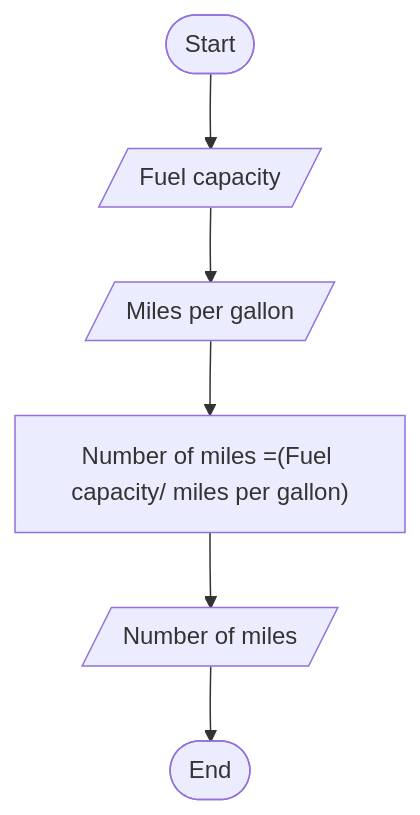
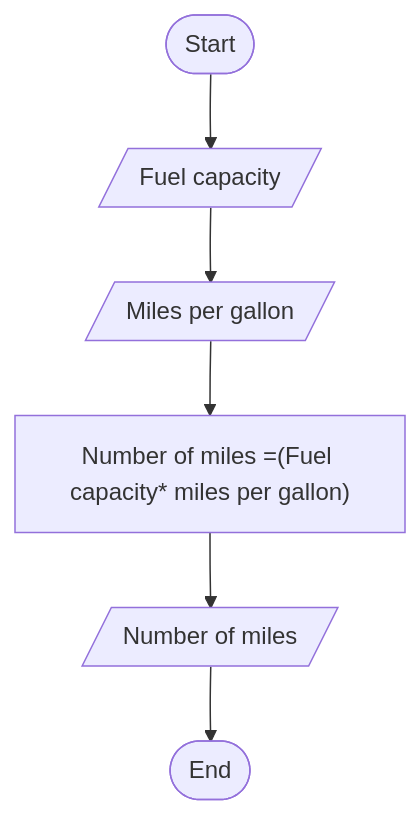
Before and after one commit to SWEG-2016EC-Batch/System32: the diagram in Ets1214 Sami siraj  nurhussein/Automobile tank.md, drawn with Mermaid. The commit also changed other lines of this file, not shown here.

Commit message:
Update Automobile tank.md

````diff
--- a/Ets1214 Sami siraj  nurhussein/Automobile tank.md
+++ b/Ets1214 Sami siraj  nurhussein/Automobile tank.md
@@ -28,8 +28,8 @@
 ``` mermaid
 flowchart 
 id1([Start])-->id2[/Fuel capacity/]
 id2-->id3[/Miles per gallon/]
-id3-->id4["Number of miles =(Fuel capacity/ miles per gallon)"]
+id3-->id4["Number of miles =(Fuel capacity* miles per gallon)"]
 id4-->id5[/Number of miles/]
 id5-->id6([End])
 ```
````
